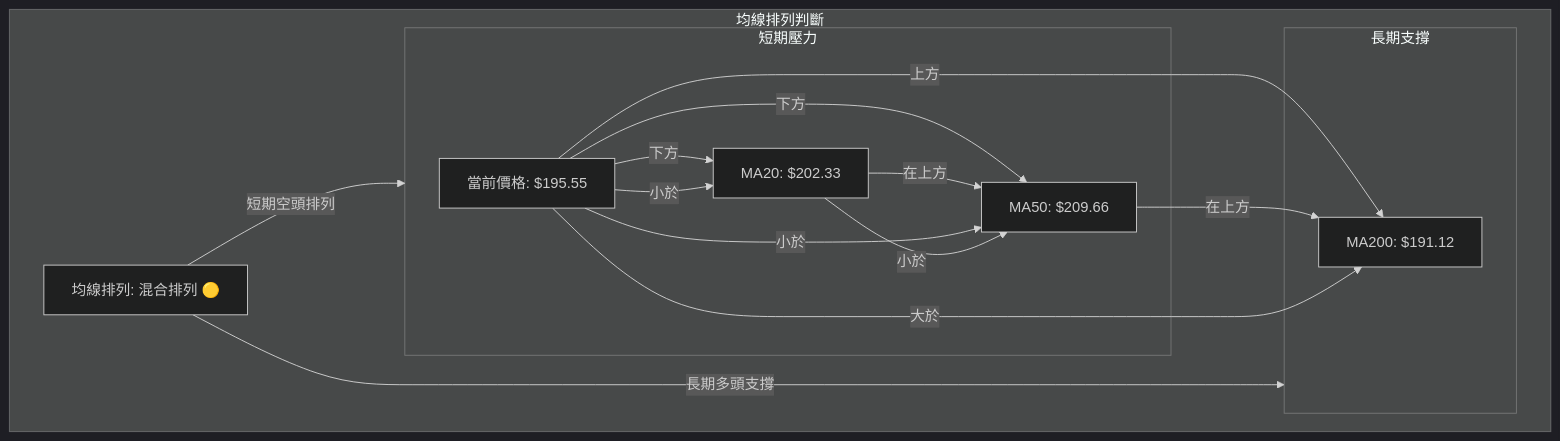
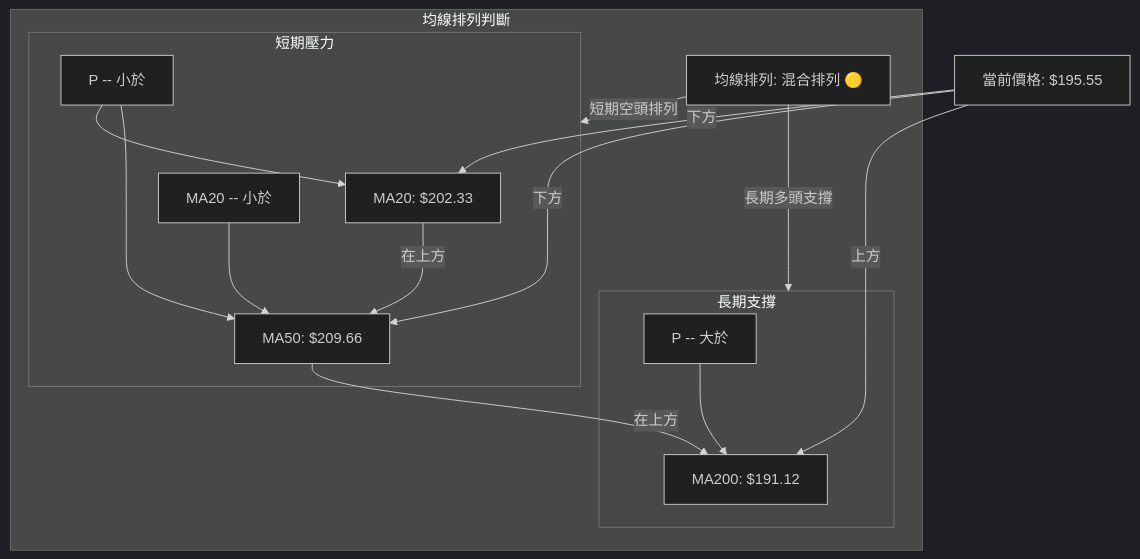
The seventh of 12 diagrams in ai_gen_report/stock/nvda/technical_analysis_2026-07-07_gemini.md (yennanliu/finance_data), drawn with Mermaid (dark theme) before and after one commit. The commit also changed other lines of this file and 2258 other files, not shown here.

First line of the commit message:
chore: backfill Mermaid syntax repair across existing reports

````diff
--- a/ai_gen_report/stock/nvda/technical_analysis_2026-07-07_gemini.md
+++ b/ai_gen_report/stock/nvda/technical_analysis_2026-07-07_gemini.md
@@ -408,31 +408,31 @@
 ```mermaid
 graph TD
-    P[當前價格: $195.55]
+    P["當前價格: $195.55"]
 
-    MA20[MA20: $202.33]
-    MA50[MA50: $209.66]
-    MA200[MA200: $191.12]
+    MA20["MA20: $202.33"]
+    MA50["MA50: $209.66"]
+    MA200["MA200: $191.12"]
 
-    P -->|下方| MA20
-    P -->|下方| MA50
-    P -->|上方| MA200
+    P -->|"下方"| MA20
+    P -->|"下方"| MA50
+    P -->|"上方"| MA200
 
-    MA20 -->|在上方| MA50
-    MA50 -->|在上方| MA200
+    MA20 -->|"在上方"| MA50
+    MA50 -->|"在上方"| MA200
 
     subgraph 短期壓力
-        P -- 小於 --> MA20
-        P -- 小於 --> MA50
-        MA20 -- 小於 --> MA50
+        nb1["P -- 小於"] --> MA20
+        nb1["P -- 小於"] --> MA50
+        nb2["MA20 -- 小於"] --> MA50
     end
 
     subgraph 長期支撐
-        P -- 大於 --> MA200
+        nb3["P -- 大於"] --> MA200
     end
 
     subgraph 均線排列判斷
         MA_SIGNAL["均線排列: 混合排列 🟡"]
-        MA_SIGNAL -->|短期空頭排列| 短期壓力
-        MA_SIGNAL -->|長期多頭支撐| 長期支撐
+        MA_SIGNAL -->|"短期空頭排列"| 短期壓力
+        MA_SIGNAL -->|"長期多頭支撐"| 長期支撐
     end
 ```
````
